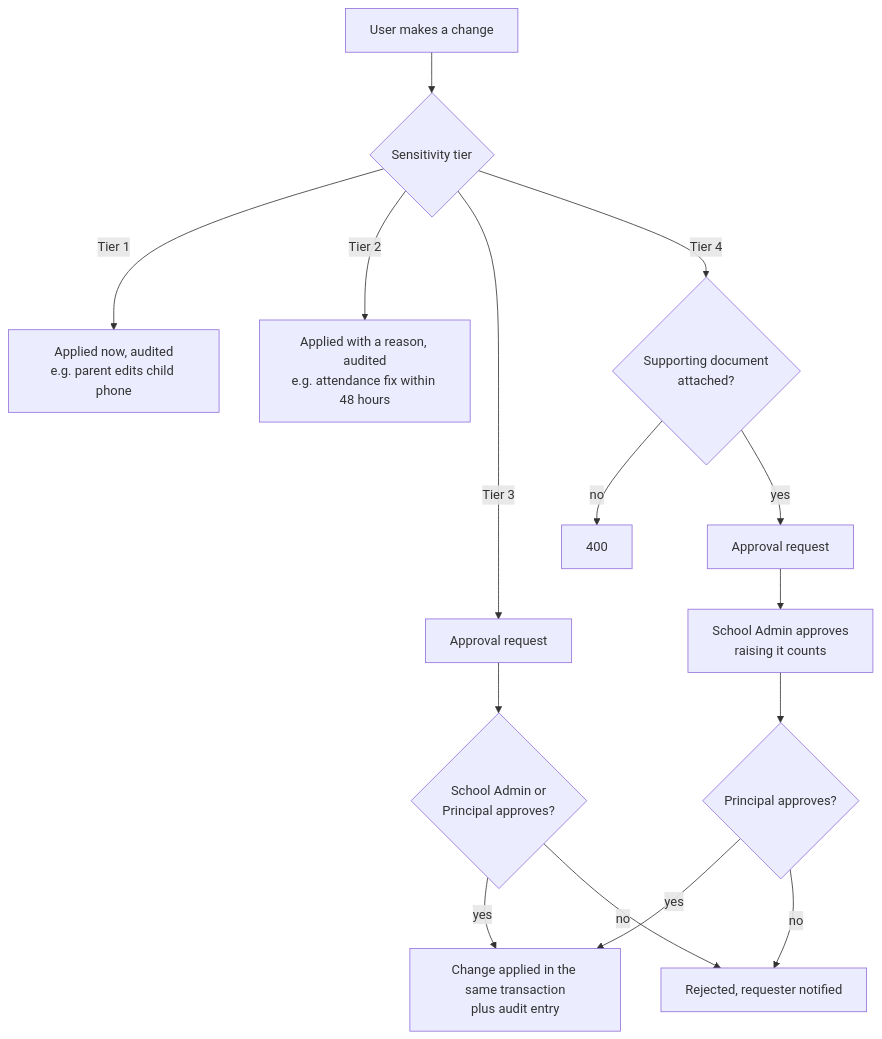
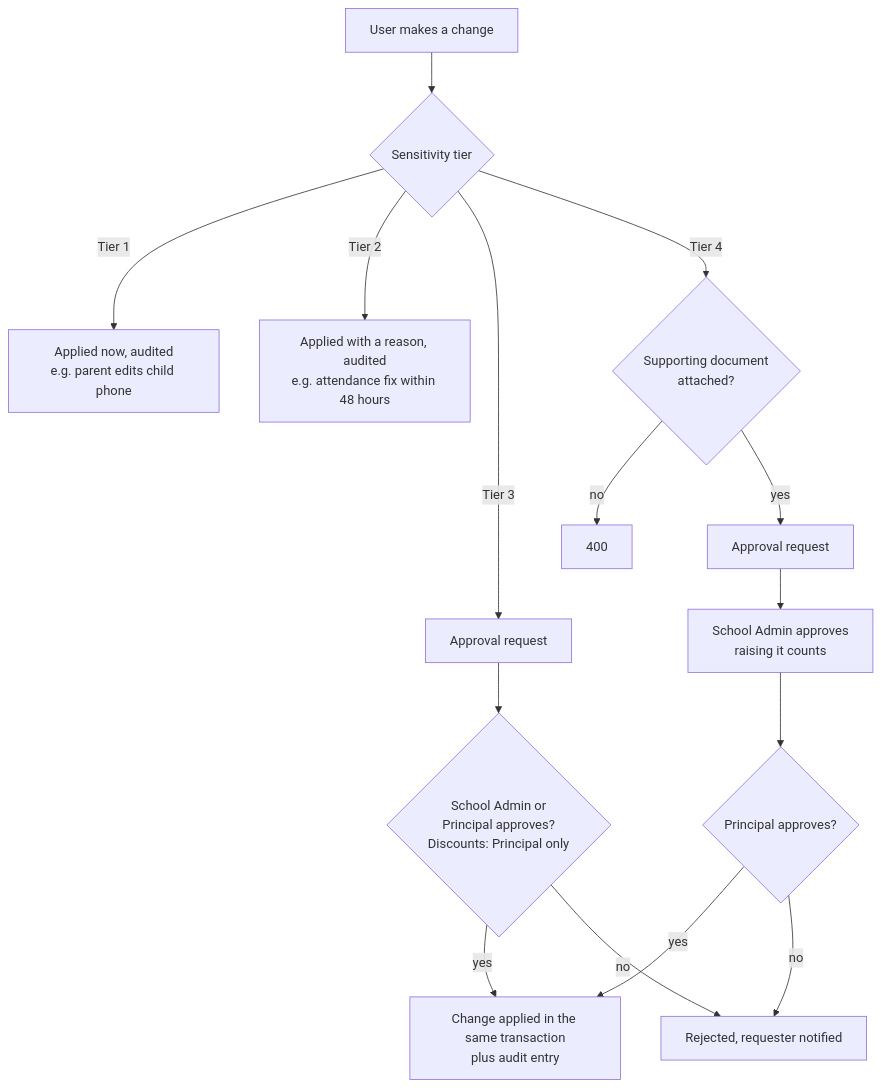
The third of 10 diagrams in docs/role-scenarios.md (DhanaSekhar-0-1/ERP_System), drawn with Mermaid before and after one commit. The commit also changed other lines of this file and 8 other files, not shown here.

````diff
--- a/docs/role-scenarios.md
+++ b/docs/role-scenarios.md
@@ -70,14 +74,14 @@
 ```mermaid
 flowchart TD
   A[User makes a change] --> T{Sensitivity tier}
   T -- Tier 1 --> T1[Applied now, audited<br/>e.g. parent edits child phone]
   T -- Tier 2 --> T2[Applied with a reason, audited<br/>e.g. attendance fix within 48 hours]
-  T -- Tier 3 --> T3[Approval request] --> L3{School Admin or<br/>Principal approves?}
+  T -- Tier 3 --> T3[Approval request] --> L3{School Admin or<br/>Principal approves?<br/>Discounts: Principal only}
   T -- Tier 4 --> D4{Supporting document<br/>attached?}
   D4 -- no --> X[400]
   D4 -- yes --> T4[Approval request] --> A4[School Admin approves<br/>raising it counts] --> P4{Principal approves?}
   L3 -- yes --> AP[Change applied in the same transaction<br/>plus audit entry]
   P4 -- yes --> AP
   L3 -- no --> RJ[Rejected, requester notified]
   P4 -- no --> RJ
 ```
````
